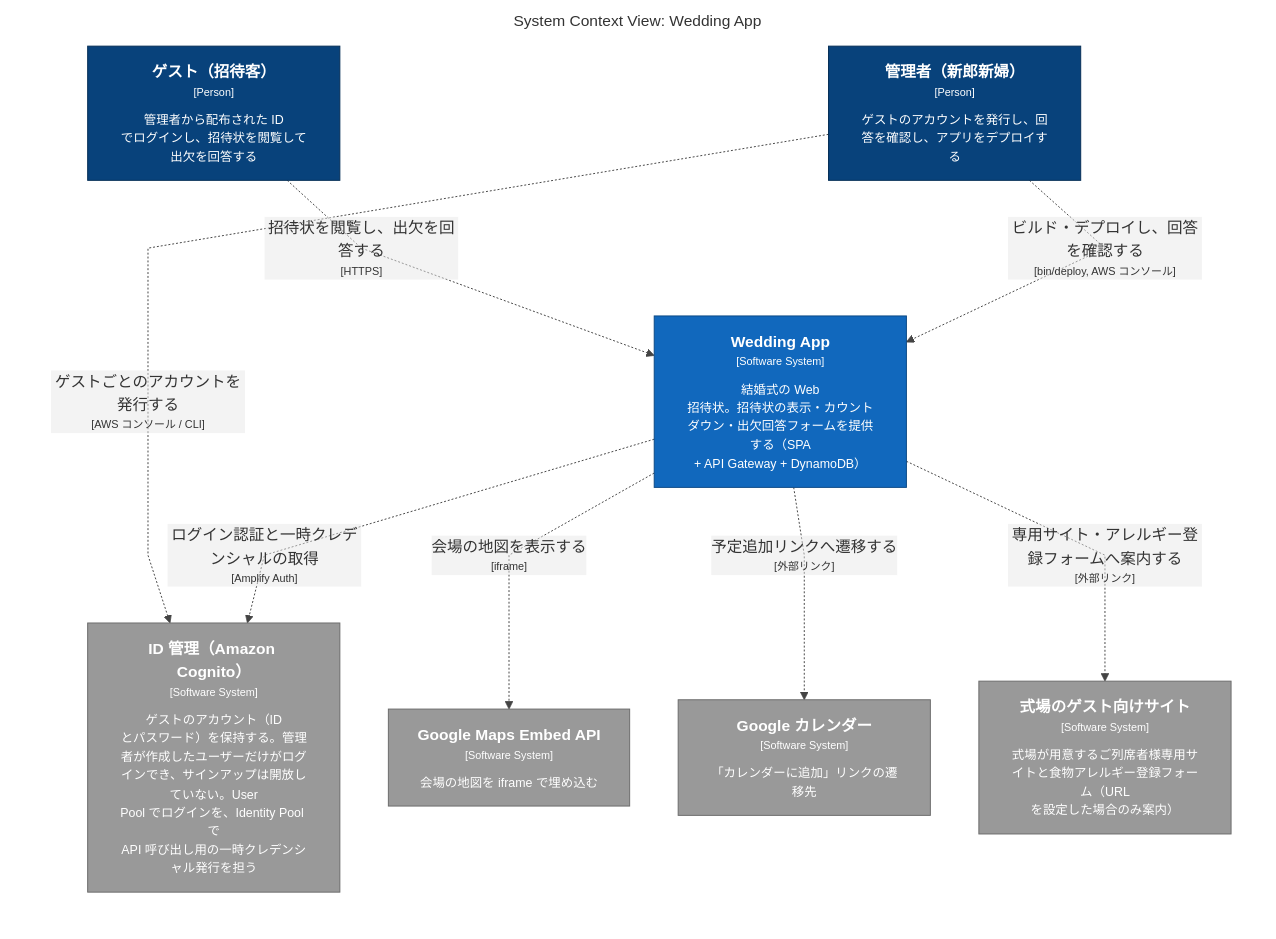
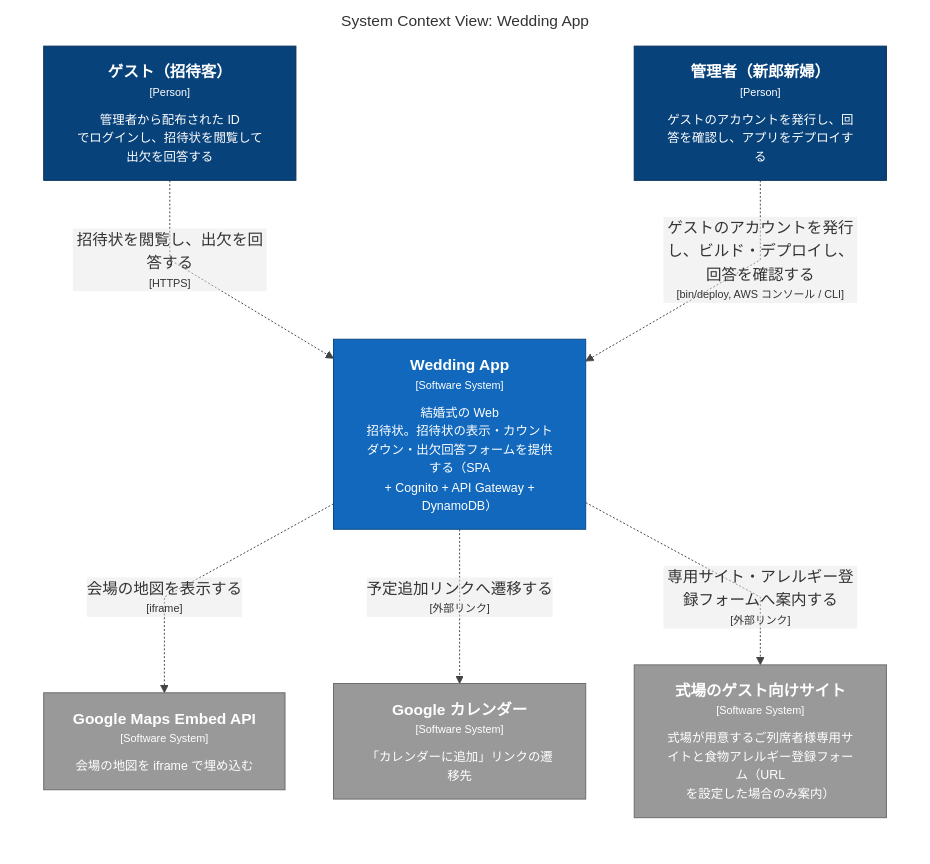
Before and after one commit to Yuchan4342/wedding-app: the first of 2 diagrams in docs/architecture/README.md, drawn with Mermaid. The commit also changed other lines of this file and 3 other files, not shown here.

First line of the commit message:
ID 管理（Cognito）を外部システムから Wedding App のコンテナに移す

````diff
--- a/docs/architecture/README.md
+++ b/docs/architecture/README.md
@@ -19,33 +19,29 @@
 ```mermaid
 %%{init: {"flowchart": {"curve": "linear"}}}%%
 graph LR
   linkStyle default fill:none,stroke:#444444
 
   subgraph diagram ["System Context View: Wedding App"]
     style diagram fill:#ffffff,stroke:#ffffff
 
     1["<div style='font-weight: bold'>ゲスト（招待客）</div><div style='font-size: 70%; margin-top: 0px'>[Person]</div><div style='font-size: 80%; margin-top:10px'>管理者から配布された ID<br />でログインし、招待状を閲覧して出欠を回答する</div>"]
     style 1 fill:#08427b,stroke:#052e56,color:#ffffff
     10["<div style='font-weight: bold'>Google Maps Embed API</div><div style='font-size: 70%; margin-top: 0px'>[Software System]</div><div style='font-size: 80%; margin-top:10px'>会場の地図を iframe で埋め込む</div>"]
     style 10 fill:#999999,stroke:#6b6b6b,color:#ffffff
     11["<div style='font-weight: bold'>Google カレンダー</div><div style='font-size: 70%; margin-top: 0px'>[Software System]</div><div style='font-size: 80%; margin-top:10px'>「カレンダーに追加」リンクの遷移先</div>"]
     style 11 fill:#999999,stroke:#6b6b6b,color:#ffffff
     12["<div style='font-weight: bold'>式場のゲスト向けサイト</div><div style='font-size: 70%; margin-top: 0px'>[Software System]</div><div style='font-size: 80%; margin-top:10px'>式場が用意するご列席者様専用サイトと食物アレルギー登録フォーム（URL<br />を設定した場合のみ案内）</div>"]
     style 12 fill:#999999,stroke:#6b6b6b,color:#ffffff
     2["<div style='font-weight: bold'>管理者（新郎新婦）</div><div style='font-size: 70%; margin-top: 0px'>[Person]</div><div style='font-size: 80%; margin-top:10px'>ゲストのアカウントを発行し、回答を確認し、アプリをデプロイする</div>"]
     style 2 fill:#08427b,stroke:#052e56,color:#ffffff
-    3["<div style='font-weight: bold'>Wedding App</div><div style='font-size: 70%; margin-top: 0px'>[Software System]</div><div style='font-size: 80%; margin-top:10px'>結婚式の Web<br />招待状。招待状の表示・カウントダウン・出欠回答フォームを提供する（SPA<br />+ API Gateway + DynamoDB）</div>"]
+    3["<div style='font-weight: bold'>Wedding App</div><div style='font-size: 70%; margin-top: 0px'>[Software System]</div><div style='font-size: 80%; margin-top:10px'>結婚式の Web<br />招待状。招待状の表示・カウントダウン・出欠回答フォームを提供する（SPA<br />+ Cognito + API Gateway +<br />DynamoDB）</div>"]
     style 3 fill:#1168bd,stroke:#0b4884,color:#ffffff
-    9["<div style='font-weight: bold'>ID 管理（Amazon Cognito）</div><div style='font-size: 70%; margin-top: 0px'>[Software System]</div><div style='font-size: 80%; margin-top:10px'>ゲストのアカウント（ID<br />とパスワード）を保持する。管理者が作成したユーザーだけがログインでき、サインアップは開放していない。User<br />Pool でログインを、Identity Pool で<br />API 呼び出し用の一時クレデンシャル発行を担う</div>"]
-    style 9 fill:#999999,stroke:#6b6b6b,color:#ffffff
 
     1-. "<div>招待状を閲覧し、出欠を回答する</div><div style='font-size: 70%'>[HTTPS]</div>" .->3
-    2-. "<div>ビルド・デプロイし、回答を確認する</div><div style='font-size: 70%'>[bin/deploy, AWS コンソール]</div>" .->3
-    2-. "<div>ゲストごとのアカウントを発行する</div><div style='font-size: 70%'>[AWS コンソール / CLI]</div>" .->9
-    3-. "<div>ログイン認証と一時クレデンシャルの取得</div><div style='font-size: 70%'>[Amplify Auth]</div>" .->9
+    2-. "<div>ゲストのアカウントを発行し、ビルド・デプロイし、回答を確認する</div><div style='font-size: 70%'>[bin/deploy, AWS コンソール / CLI]</div>" .->3
     3-. "<div>会場の地図を表示する</div><div style='font-size: 70%'>[iframe]</div>" .->10
     3-. "<div>予定追加リンクへ遷移する</div><div style='font-size: 70%'>[外部リンク]</div>" .->11
     3-. "<div>専用サイト・アレルギー登録フォームへ案内する</div><div style='font-size: 70%'>[外部リンク]</div>" .->12
 
   end
 ```
````
